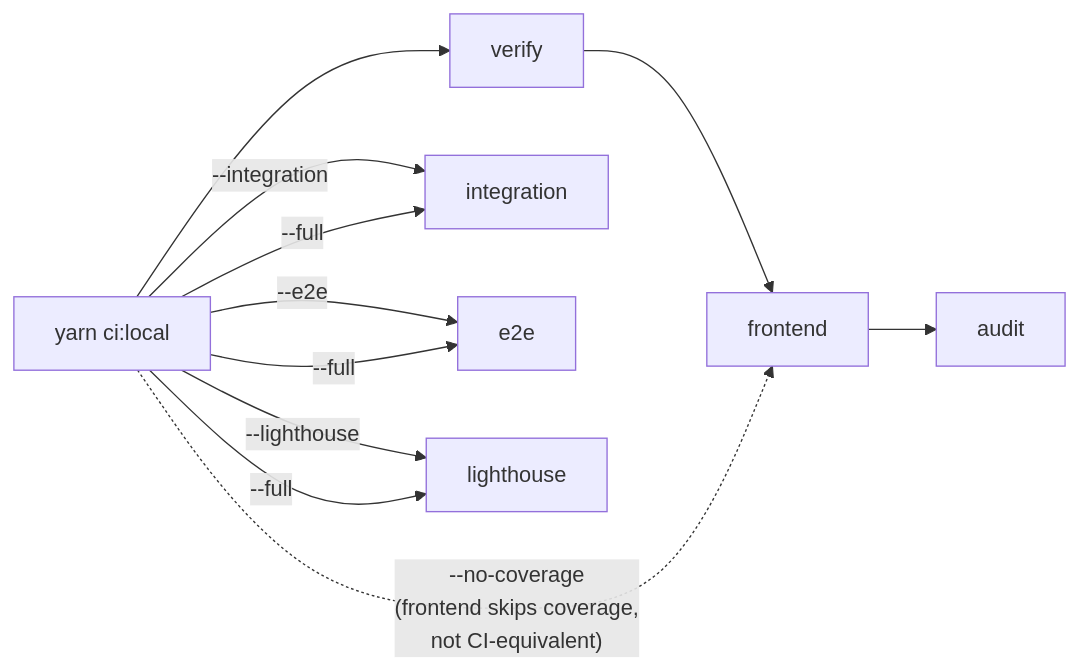
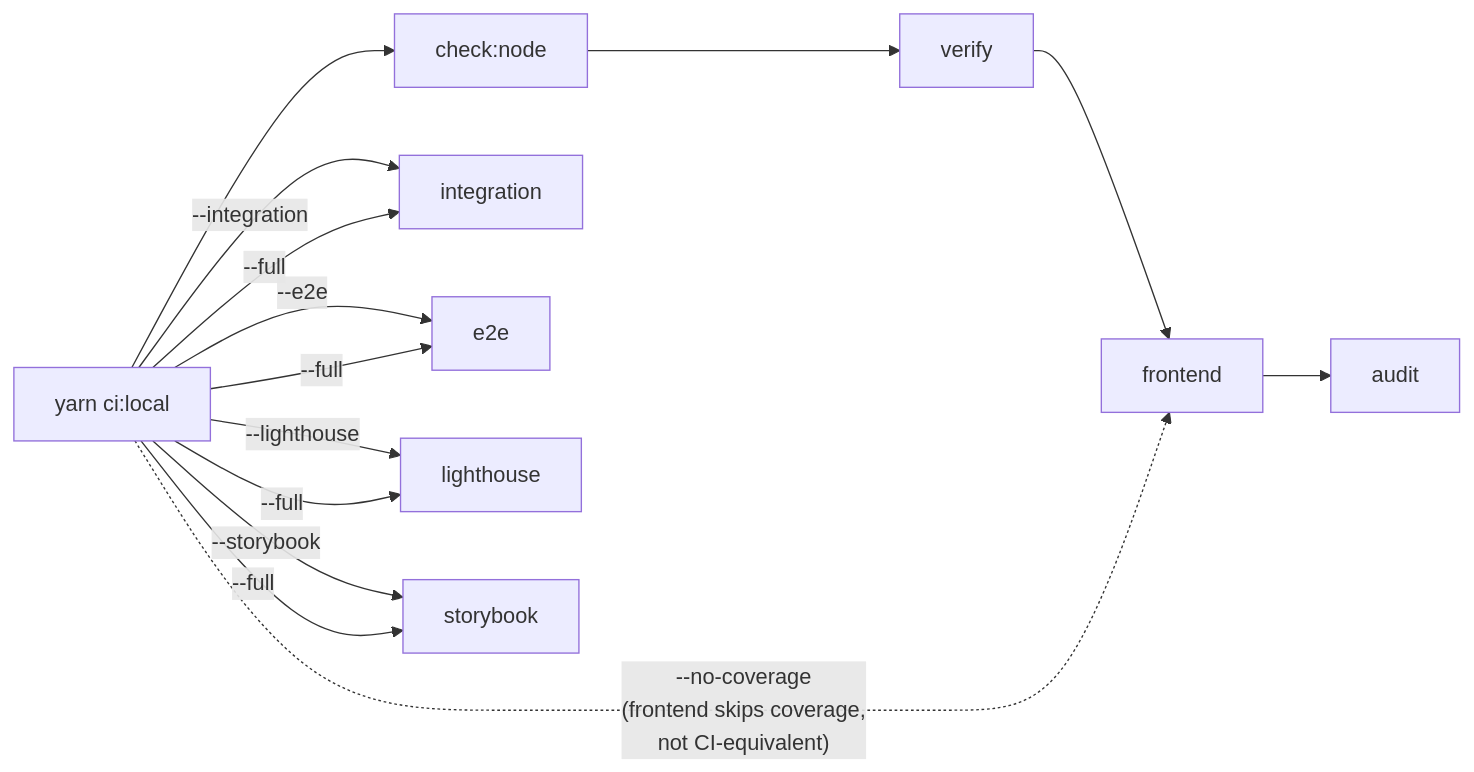
Before and after one commit to tareq89/biddaloy: the third of 6 diagrams in README.md, drawn with Mermaid. The commit also changed other lines of this file and 12 other files, not shown here.

First line of the commit message:
build(dx): affected-only test runs, Node parity check, faster pre-commit

````diff
--- a/README.md
+++ b/README.md
@@ -365,9 +485,10 @@
 ```mermaid
 flowchart LR
-    CI["yarn ci:local"] --> verify --> frontend --> audit
+    CI["yarn ci:local"] --> node["check:node"] --> verify --> frontend --> audit
     CI -- "--integration" --> integration
     CI -- "--e2e" --> e2e
     CI -- "--lighthouse" --> lighthouse
-    CI -- "--full" --> integration & e2e & lighthouse
+    CI -- "--storybook" --> storybook
+    CI -- "--full" --> integration & e2e & lighthouse & storybook
     CI -. "--no-coverage\n(frontend skips coverage,\nnot CI-equivalent)" .-> frontend
 ```
````
